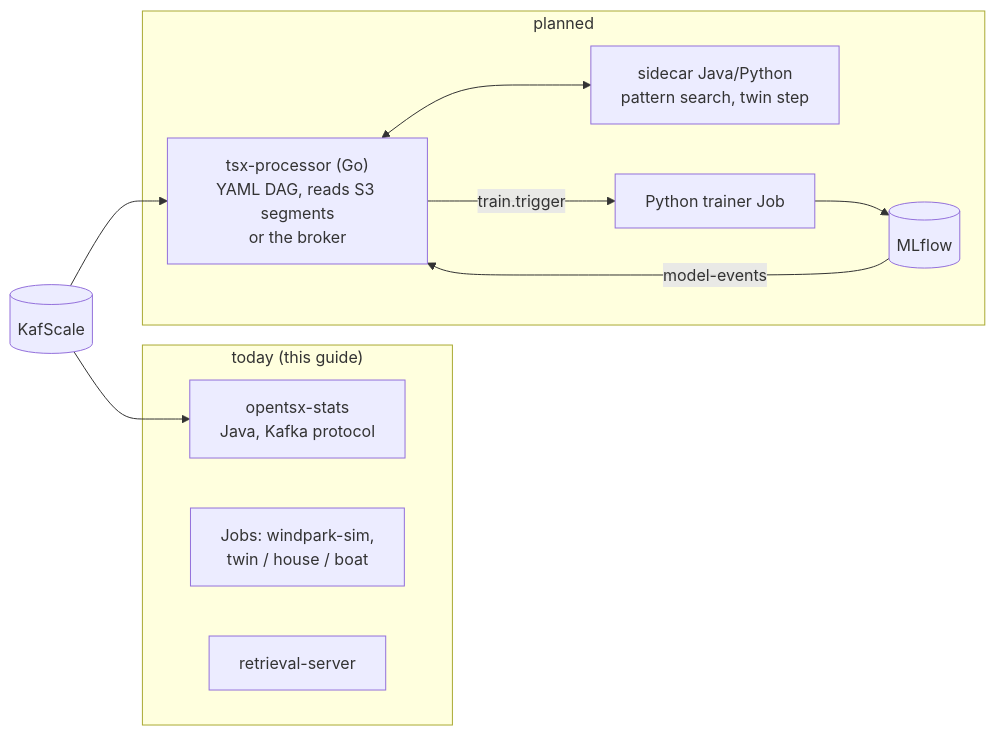
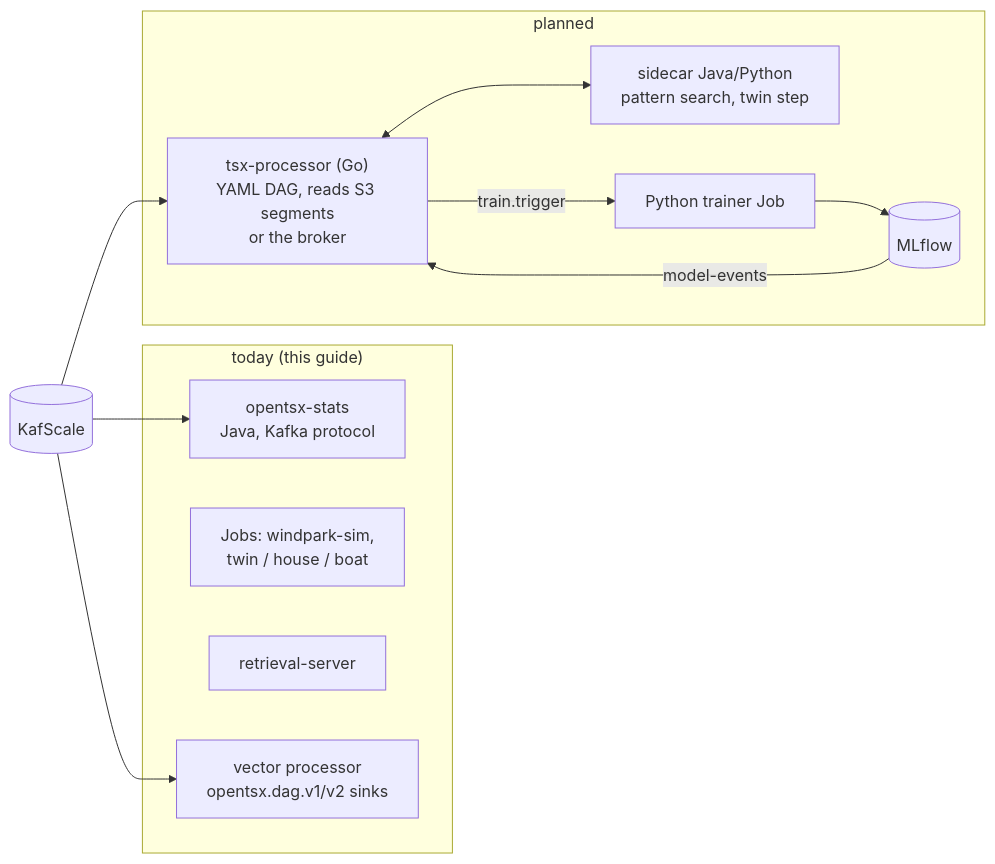
The diagram in docs/devops/today-vs-planned.md (kamir/OpenTSx), drawn with Mermaid before and after one commit. The commit also changed other lines of this file and 16 other files, not shown here.

````diff
--- a/docs/devops/today-vs-planned.md
+++ b/docs/devops/today-vs-planned.md
@@ -27,20 +31,22 @@
 ```mermaid
 flowchart LR
   subgraph NOW["today (this guide)"]
     STATS["opentsx-stats<br/>Java, Kafka protocol"]
     JOBS["Jobs: windpark-sim,<br/>twin / house / boat"]
     RET["retrieval-server"]
+    VEC["vector processor<br/>opentsx.dag.v1/v2 sinks"]
   end
   subgraph LATER["planned"]
     GO["tsx-processor (Go)<br/>YAML DAG, reads S3 segments<br/>or the broker"]
     SC["sidecar Java/Python<br/>pattern search, twin step"]
     TR["Python trainer Job"]
     ML[("MLflow")]
   end
   KS[("KafScale")]
   KS --> STATS
+  KS --> VEC
   KS --> GO
   GO <--> SC
   GO -- "train.trigger" --> TR --> ML
   ML -- "model-events" --> GO
 ```
````
